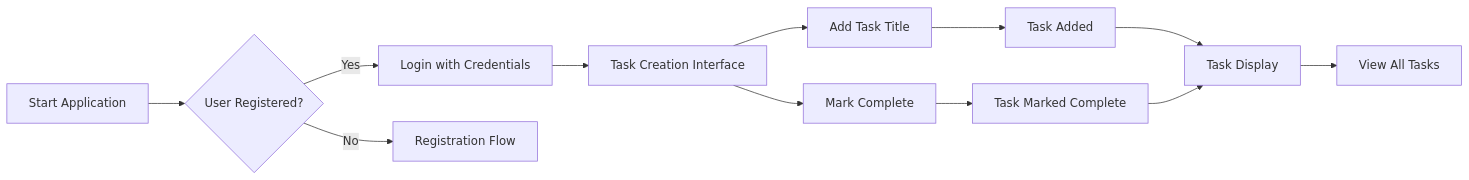
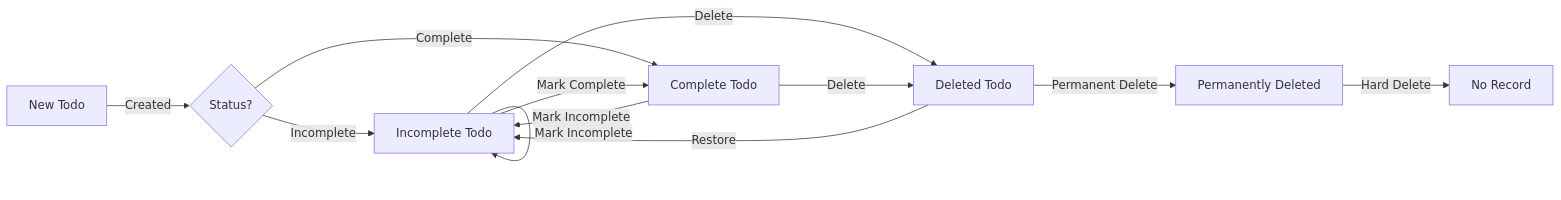
Before and after one commit to wrtnlabs/autobe-examples: the diagram in qwen/qwen3-30b-a3b-thinking-2507/todo/docs/analysis/00-toc.md, drawn with Mermaid. The commit also changed other lines of this file and 9391 other files, not shown here.

````diff
--- a/qwen/qwen3-30b-a3b-thinking-2507/todo/docs/analysis/00-toc.md
+++ b/qwen/qwen3-30b-a3b-thinking-2507/todo/docs/analysis/00-toc.md
@@ -70,14 +108,14 @@
 ```mermaid
 graph LR
-    A[Start Application] --> B{User Registered?}
-    B -->|Yes| C[Login with Credentials]
-    B -->|No| D[Registration Flow]
-    C --> E[Task Creation Interface]
-    E --> F[Add Task Title]
-    E --> G[Mark Complete]
-    F --> H[Task Added]
-    G --> I[Task Marked Complete]
-    H --> J[Task Display]
-    I --> J[Task Display]
-    J --> K[View All Tasks]
+  A[New Todo] -->|Created| B{"Status?"}
+  B -->|Incomplete| C[Incomplete Todo]
+  B -->|Complete| D[Complete Todo]
+  C -->|Mark Complete| D
+  C -->|Mark Incomplete| C
+  D -->|Mark Incomplete| C
+  C -->|Delete| E[Deleted Todo]
+  D -->|Delete| E
+  E -->|Restore| C
+  E -->|Permanent Delete| F[Permanently Deleted]
+  F -->|Hard Delete| G[No Record]
 ```
````
